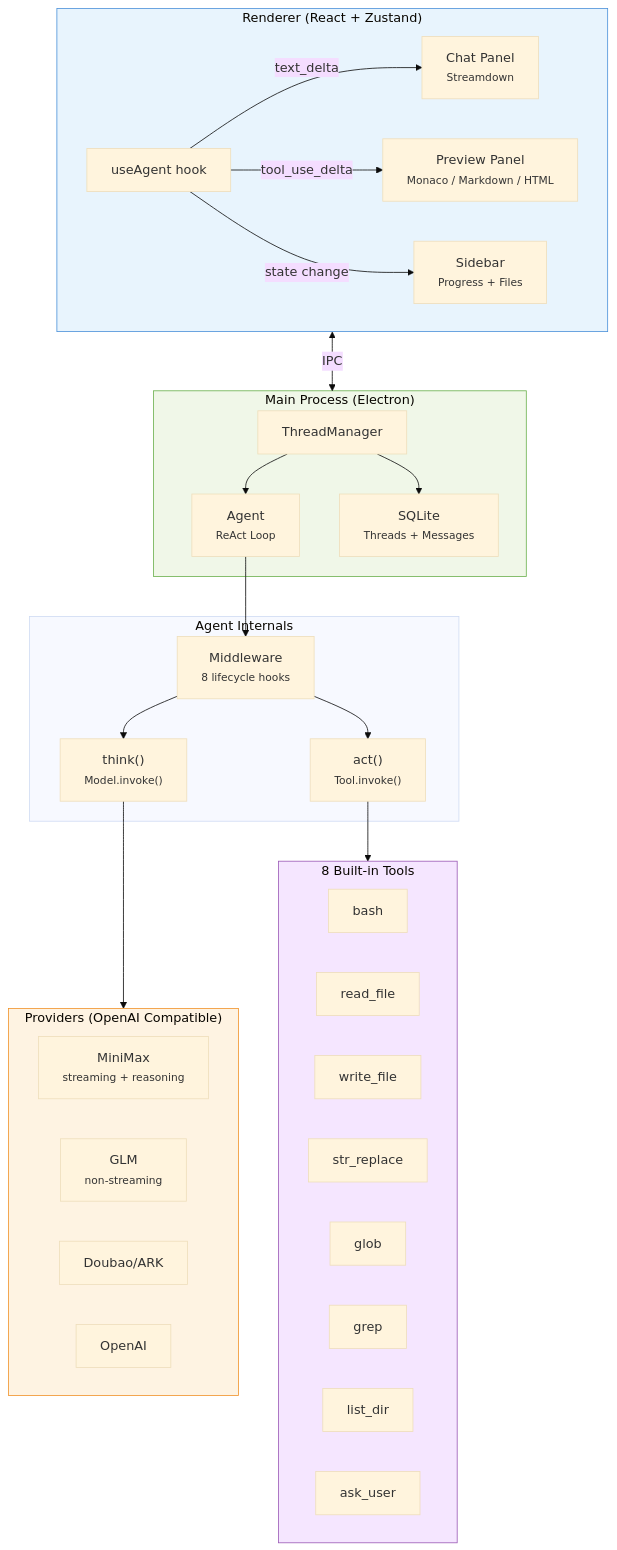
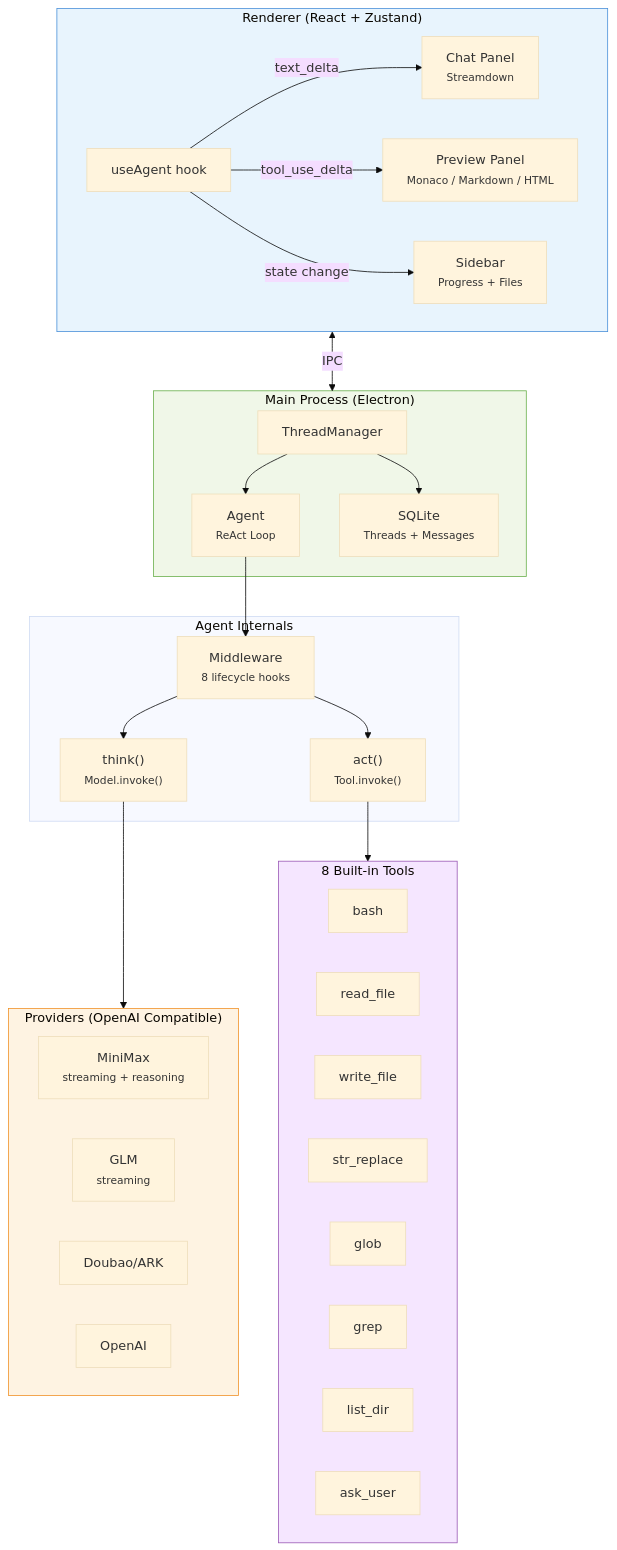
Before and after one commit to venaissance/tiny-codex: the diagram in README.md, drawn with Mermaid (base theme). The commit also changed other lines of this file and 20 other files, not shown here.

First line of the commit message:
feat: suggestion cards, welcome page, GLM streaming, docs reorg

````diff
--- a/README.md
+++ b/README.md
@@ -128,52 +131,52 @@
 ```mermaid
 graph TB
     subgraph Renderer["Renderer (React + Zustand)"]
         useAgent["useAgent hook"]
         Chat["Chat Panel<br/><small>Streamdown</small>"]
         Preview["Preview Panel<br/><small>Monaco / Markdown / HTML</small>"]
         Sidebar["Sidebar<br/><small>Progress + Files</small>"]
         
         useAgent -->|text_delta| Chat
         useAgent -->|tool_use_delta| Preview
         useAgent -->|state change| Sidebar
     end
 
     subgraph Main["Main Process (Electron)"]
         TM["ThreadManager"]
         Agent["Agent<br/><small>ReAct Loop</small>"]
         DB["SQLite<br/><small>Threads + Messages</small>"]
         
         TM --> Agent
         TM --> DB
     end
 
     subgraph Agent_Internals["Agent Internals"]
         Think["think()<br/><small>Model.invoke()</small>"]
         Act["act()<br/><small>Tool.invoke()</small>"]
         MW["Middleware<br/><small>8 lifecycle hooks</small>"]
         
         Agent --> MW --> Think
         MW --> Act
     end
 
     subgraph Providers["Providers (OpenAI Compatible)"]
         MiniMax["MiniMax<br/><small>streaming + reasoning</small>"]
-        GLM["GLM<br/><small>non-streaming</small>"]
+        GLM["GLM<br/><small>streaming</small>"]
         ARK["Doubao/ARK"]
         OAI["OpenAI"]
     end
 
     subgraph Tools["8 Built-in Tools"]
         bash & read_file & write_file & str_replace
         glob & grep & list_dir & ask_user
     end
 
     Renderer <-->|IPC| Main
     Think --> Providers
     Act --> Tools
 
     style Renderer fill:#e8f4fd,stroke:#4a90d9
     style Main fill:#f0f7e8,stroke:#6ab04c
     style Providers fill:#fef3e2,stroke:#f0932b
     style Tools fill:#f5e6ff,stroke:#9b59b6
 ```
````
